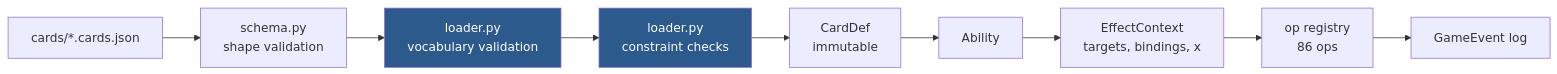
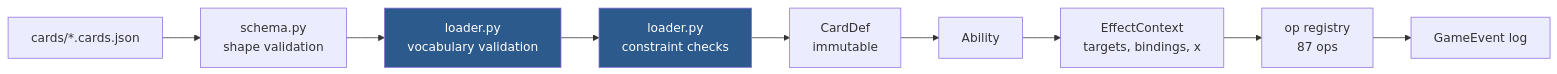
Before and after one commit to TylerGauntlett/commander-blitz: the diagram in docs/card-dsl.md, drawn with Mermaid. The commit also changed other lines of this file and 22 other files, not shown here.

````diff
--- a/docs/card-dsl.md
+++ b/docs/card-dsl.md
@@ -6,14 +6,14 @@
 ```mermaid
 flowchart LR
     json["cards/*.cards.json"] --> pydantic["schema.py<br/>shape validation"]
     pydantic --> vocab["loader.py<br/>vocabulary validation"]
     vocab --> constraints["loader.py<br/>constraint checks"]
     constraints --> carddef["CardDef<br/>immutable"]
     carddef --> ability["Ability"]
     ability --> ctx["EffectContext<br/>targets, bindings, x"]
-    ctx --> ops["op registry<br/>86 ops"]
+    ctx --> ops["op registry<br/>87 ops"]
     ops --> events["GameEvent log"]
 
     style vocab fill:#2d5a8c,color:#fff
     style constraints fill:#2d5a8c,color:#fff
 ```
````
